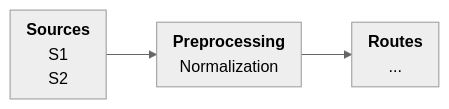
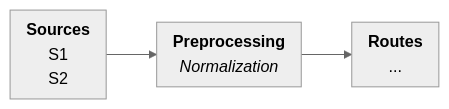
The first of 2 diagrams in docs/admin/pipelines/normalization.mdx (VirtualMetric/virtualmetric-docs), drawn with Mermaid (neutral theme) before and after one commit. The commit also changed other lines of this file and 3 other files, not shown here.

````diff
--- a/docs/admin/pipelines/normalization.mdx
+++ b/docs/admin/pipelines/normalization.mdx
@@ -16,18 +16,18 @@
 ```mermaid
 graph LR
 	subgraph Sources["`**Sources**
 		S1
 		S2
 	`"]
 	end
 	subgraph Preprocessing["`**Preprocessing**
-		Normalization
+		_Normalization_
 	`"]
 	end
 	subgraph Routes["`**Routes**
 		...
 	`"]
 	end
 	Sources --> Preprocessing
 	Preprocessing --> Routes
 ```
````
